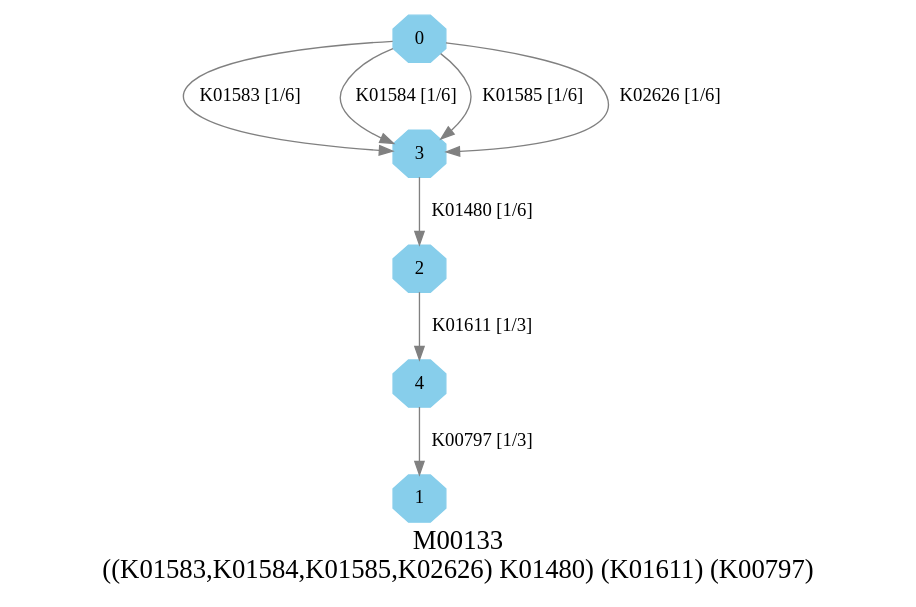
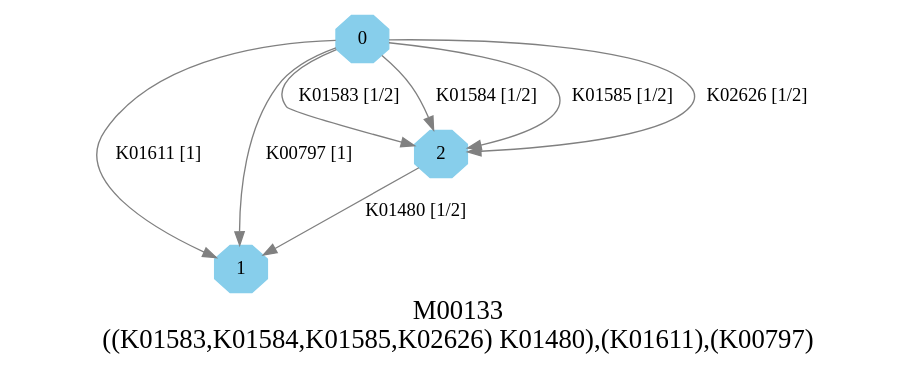
One commit to EBI-Metagenomics/kegg-pathways-completeness-tool changed the diagram in graphs/dots/M00133.dot. Above: the diagram before and after it, drawn with Graphviz. The commit also changed 45 other files, not shown here.

```diff
--- a/graphs/dots/M00133.dot
+++ b/graphs/dots/M00133.dot
@@ -1,14 +1,14 @@
 digraph G {
 graph [label="M00133
-((K01583,K01584,K01585,K02626) K01480) (K01611) (K00797)",fontsize=20];
+((K01583,K01584,K01585,K02626) K01480),(K01611),(K00797)",fontsize=20];
 node [shape=box,style=filled];
 edge [len=3,color=grey];
-{node [width=.3,height=.3,shape=octagon,style=filled,color=skyblue] 0 1 2 3 4 }
-0 -> 3 [label="K01583 [1/6]"];
-0 -> 3 [label="K01584 [1/6]"];
-0 -> 3 [label="K01585 [1/6]"];
-0 -> 3 [label="K02626 [1/6]"];
-2 -> 4 [label="K01611 [1/3]"];
-3 -> 2 [label="K01480 [1/6]"];
-4 -> 1 [label="K00797 [1/3]"];
+{node [width=.3,height=.3,shape=octagon,style=filled,color=skyblue] 0 1 2 }
+0 -> 2 [label="K01583 [1/2]"];
+0 -> 2 [label="K01584 [1/2]"];
+0 -> 2 [label="K01585 [1/2]"];
+0 -> 2 [label="K02626 [1/2]"];
+0 -> 1 [label="K01611 [1]"];
+0 -> 1 [label="K00797 [1]"];
+2 -> 1 [label="K01480 [1/2]"];
 }
```
